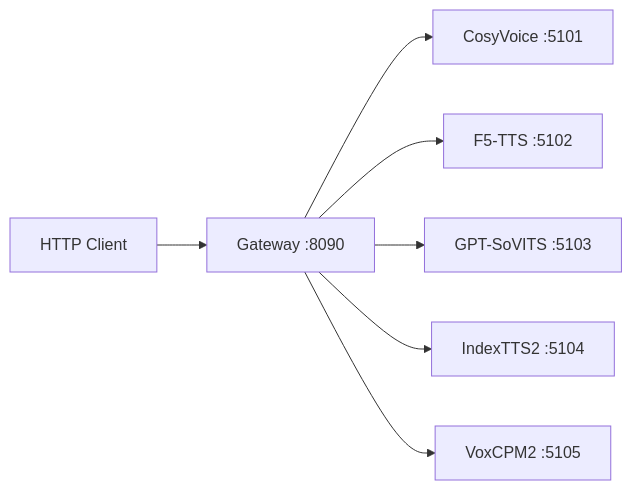
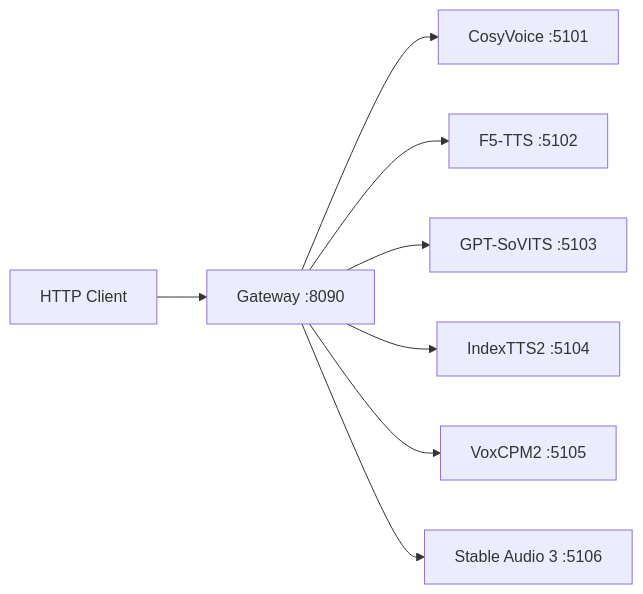
Before and after one commit to liyaojinone/tts-server: the diagram in README.md, drawn with Mermaid. The commit also changed other lines of this file and 145 other files, not shown here.

````diff
--- a/README.md
+++ b/README.md
@@ -14,9 +14,10 @@
 ```mermaid
 flowchart LR
     A[HTTP Client] --> B[Gateway :8090]
     B --> C[CosyVoice :5101]
     B --> D[F5-TTS :5102]
     B --> E[GPT-SoVITS :5103]
     B --> F[IndexTTS2 :5104]
     B --> G[VoxCPM2 :5105]
+    B --> H[Stable Audio 3 :5106]
 ```
````
